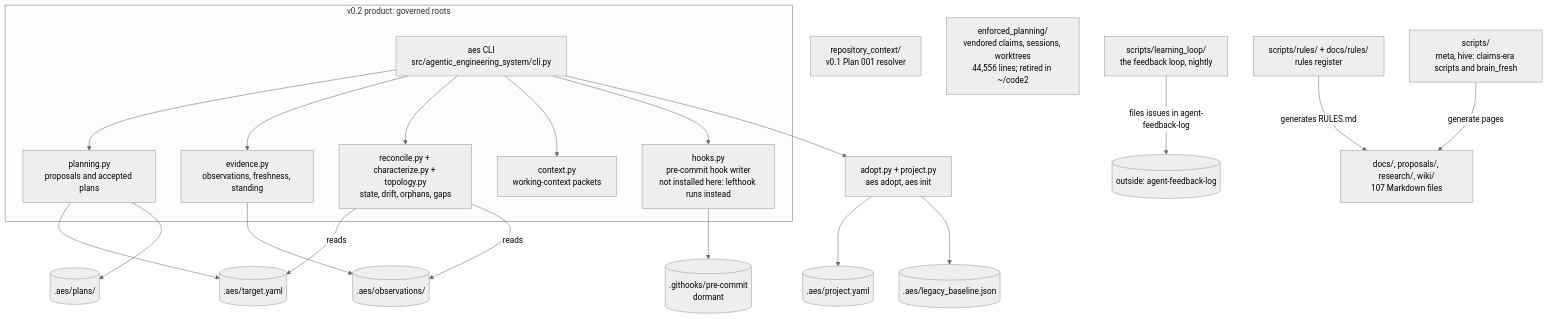
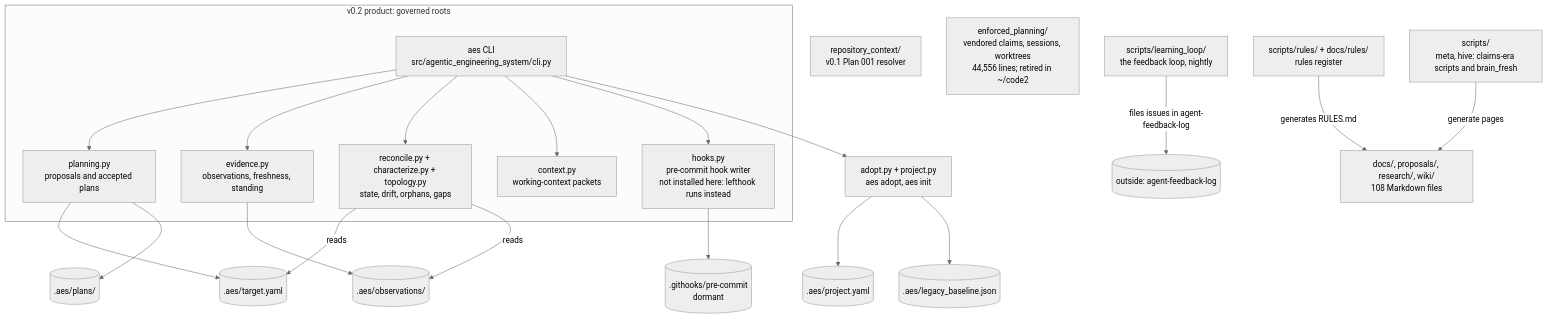
One commit to BrianMills2718/agentic-engineering-system-canonical changed the second of 2 diagrams in docs/planning/SYSTEM_MODEL.md. Above: the diagram before and after it, drawn with Mermaid (neutral theme). The commit also changed 9 other files, not shown here.

````diff
--- a/docs/planning/SYSTEM_MODEL.md
+++ b/docs/planning/SYSTEM_MODEL.md
@@ -61,37 +61,37 @@
 ```mermaid
 flowchart TB
   subgraph v02[v0.2 product: governed roots]
     cli[aes CLI<br/>src/agentic_engineering_system/cli.py]
     plan[planning.py<br/>proposals and accepted plans]
     ev[evidence.py<br/>observations, freshness, standing]
     rec[reconcile.py + characterize.py + topology.py<br/>state, drift, orphans, gaps]
     ctx[context.py<br/>working-context packets]
     hk[hooks.py<br/>pre-commit hook writer<br/>not installed here: lefthook runs instead]
   end
   v01[repository_context/<br/>v0.1 Plan 001 resolver]
   ep[enforced_planning/<br/>vendored claims, sessions, worktrees<br/>44,556 lines; retired in ~/code2]
   ll[scripts/learning_loop/<br/>the feedback loop, nightly]
   rr[scripts/rules/ + docs/rules/<br/>rules register]
   scr[scripts/<br/>meta, hive: claims-era scripts and brain_fresh]
-  docs[docs/, proposals/, research/, wiki/<br/>107 Markdown files]
+  docs[docs/, proposals/, research/, wiki/<br/>108 Markdown files]
   t[(.aes/target.yaml)]
   o[(.aes/observations/)]
   p[(.aes/plans/)]
   g[(.githooks/pre-commit<br/>dormant)]
   pj[(.aes/project.yaml)]
   lb[(.aes/legacy_baseline.json)]
   ad[adopt.py + project.py<br/>aes adopt, aes init]
   cli --> plan --> t
   plan --> p
   cli --> ev --> o
   cli --> rec
   rec -->|reads| t
   rec -->|reads| o
   cli --> ctx
   cli --> hk --> g
   cli --> ad --> pj
   ad --> lb
   scr -->|generate pages| docs
   rr -->|generates RULES.md| docs
   ll -->|files issues in agent-feedback-log| out[(outside: agent-feedback-log)]
 ```
````
